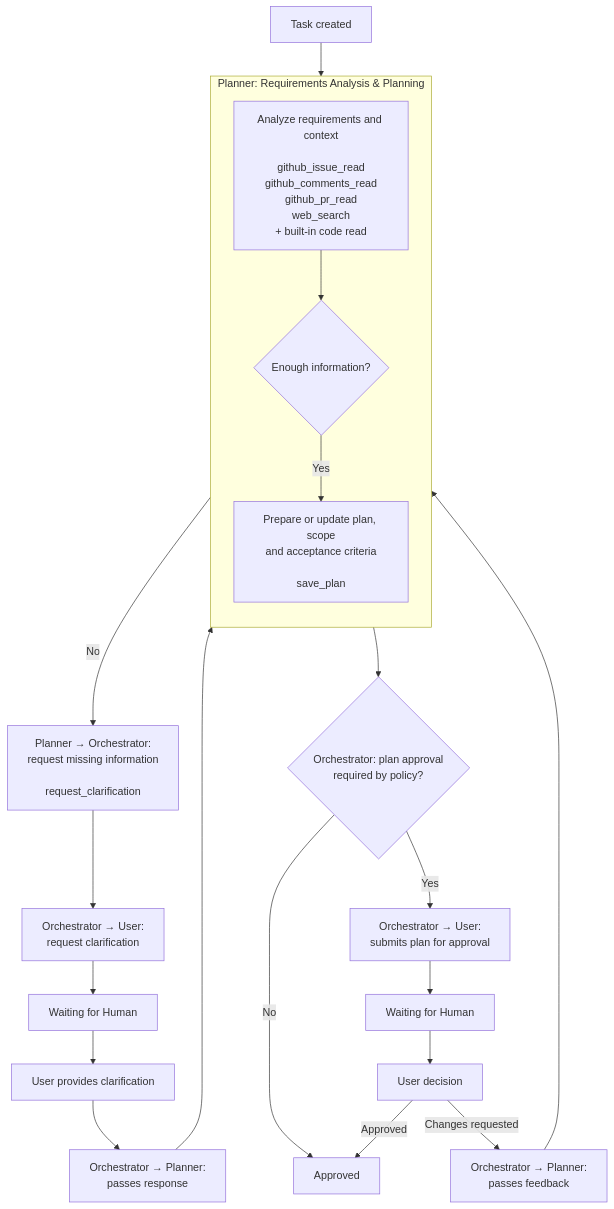
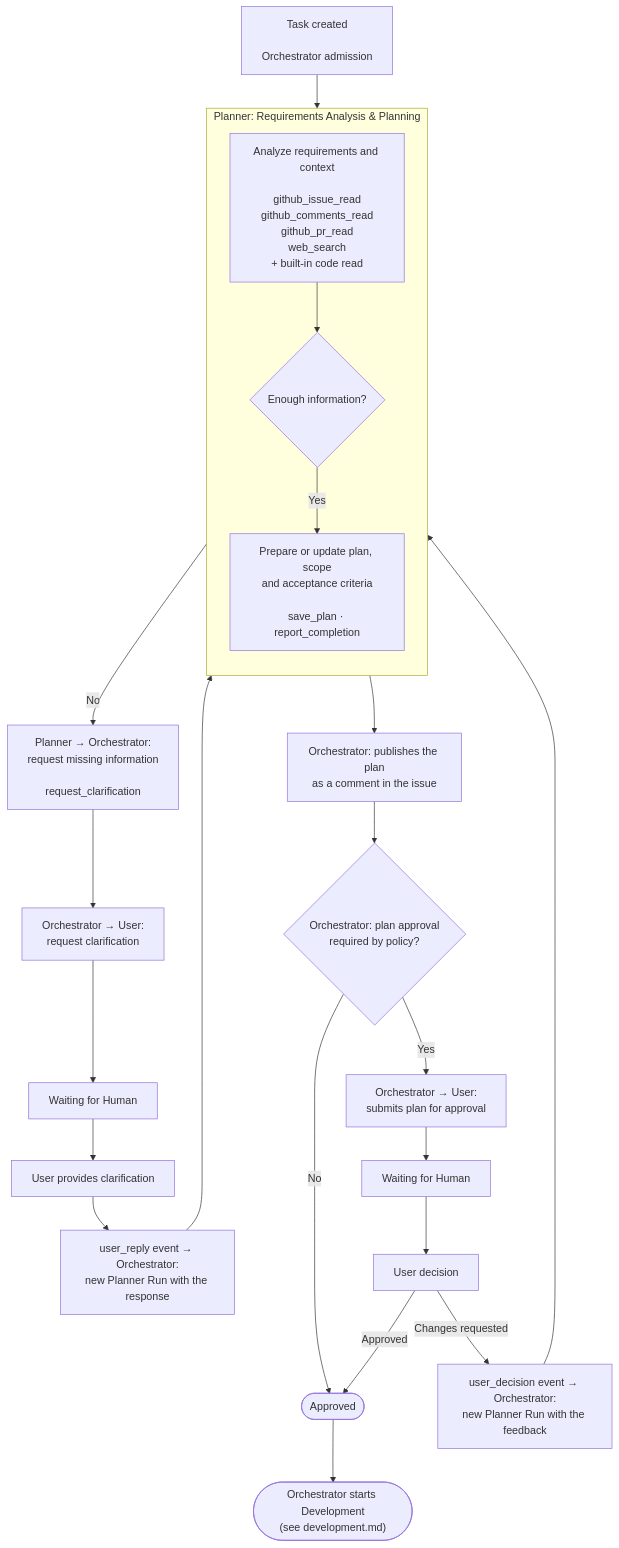
Before and after one commit to aliaksandrZh/ai-worker-01: the diagram in docs/flows/plan.md, drawn with Mermaid. The commit also changed other lines of this file and 8 other files, not shown here.

````diff
--- a/docs/flows/plan.md
+++ b/docs/flows/plan.md
@@ -1,29 +1,32 @@
 ```mermaid
 flowchart TD
-    A["Task created"] --> P1
+    A["Task created<br/><br/>Orchestrator admission"] --> P1
 
     subgraph PL["Planner: Requirements Analysis & Planning"]
         direction TD
         P1["Analyze requirements and context<br/><br/>github_issue_read<br/>github_comments_read<br/>github_pr_read<br/>web_search<br/>+ built-in code read"]
         P1 --> Q{"Enough information?"}
-        Q -->|Yes| P2["Prepare or update plan, scope<br/>and acceptance criteria<br/><br/>save_plan"]
+        Q -->|Yes| P2["Prepare or update plan, scope<br/>and acceptance criteria<br/><br/>save_plan · report_completion"]
     end
 
     Q -->|No| C1["Planner → Orchestrator:<br/>request missing information<br/><br/>request_clarification"]
     C1 --> C2["Orchestrator → User:<br/>request clarification"]
     C2 --> W1["Waiting for Human"]
     W1 --> U1["User provides clarification"]
-    U1 --> C3["Orchestrator → Planner:<br/>passes response"]
+    U1 --> C3["user_reply event → Orchestrator:<br/>new Planner Run with the response"]
     C3 --> P1
 
-    P2 --> AP{"Orchestrator: plan approval<br/>required by policy?"}
+    P2 --> PUB["Orchestrator: publishes the plan<br/>as a comment in the issue"]
+    PUB --> AP{"Orchestrator: plan approval<br/>required by policy?"}
 
-    AP -->|No| DONE["Approved"]
+    AP -->|No| DONE(["Approved"])
     AP -->|Yes| S1["Orchestrator → User:<br/>submits plan for approval"]
     S1 --> W2["Waiting for Human"]
     W2 --> U2["User decision"]
 
     U2 -->|Approved| DONE
-    U2 -->|Changes requested| F1["Orchestrator → Planner:<br/>passes feedback"]
+    U2 -->|Changes requested| F1["user_decision event → Orchestrator:<br/>new Planner Run with the feedback"]
     F1 --> P1
+
+    DONE --> DEV(["Orchestrator starts Development<br/>(see development.md)"])
 ```
````
